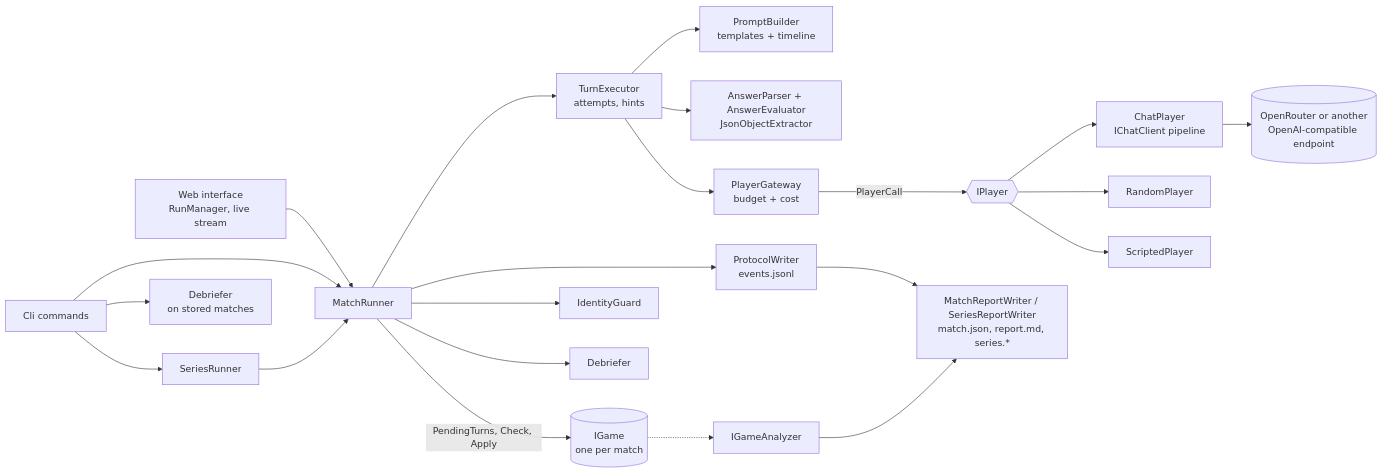
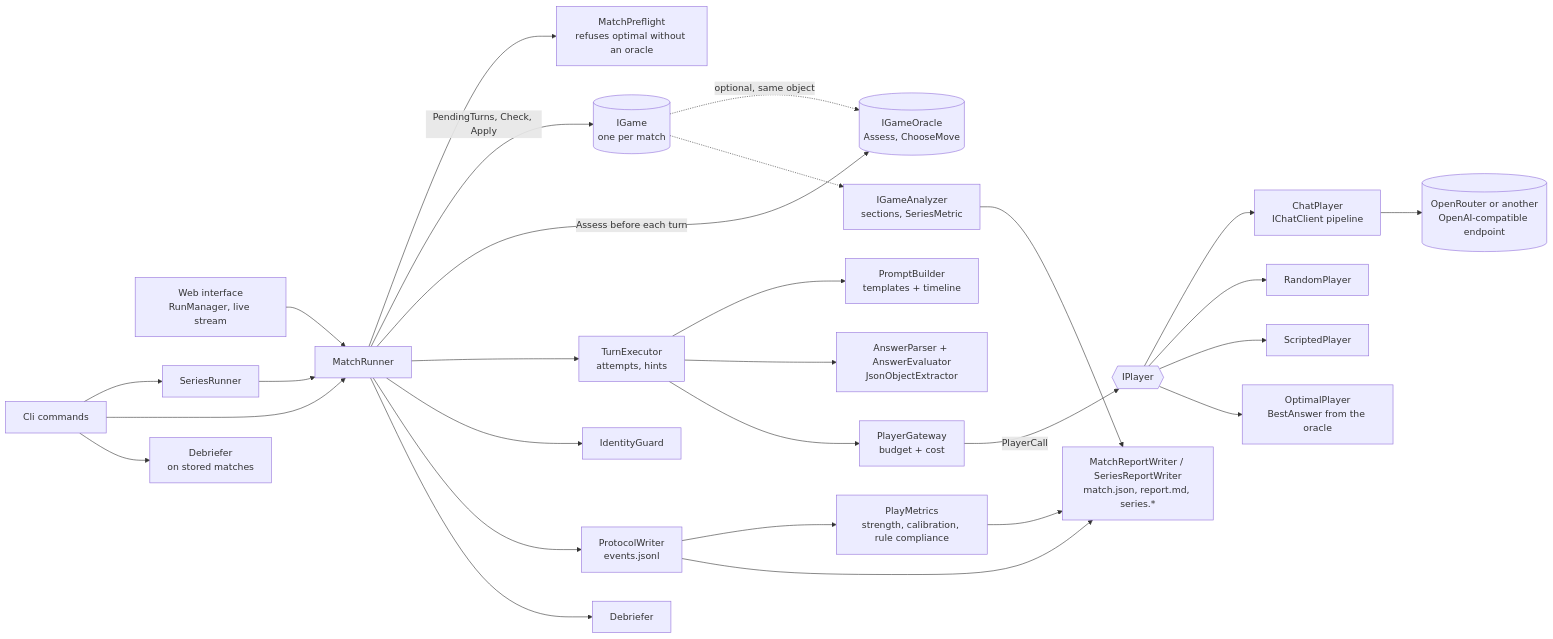
Before and after one commit to chr0mcom/LLM-Shootout: the first of 3 diagrams in docs/architecture.md, drawn with Mermaid. The commit also changed other lines of this file and 6 other files, not shown here.

First line of the commit message:
docs: Nim, oracle, optimal player and the new building blocks

````diff
--- a/docs/architecture.md
+++ b/docs/architecture.md
@@ -19,24 +19,30 @@
 ```mermaid
 flowchart LR
   Web[Web interface<br/>RunManager, live stream] --> Runner
   CLI[Cli commands] --> Series[SeriesRunner]
   CLI --> Runner[MatchRunner]
   CLI --> Deb2[Debriefer<br/>on stored matches]
   Series --> Runner
+  Runner --> Pre[MatchPreflight<br/>refuses optimal without an oracle]
   Runner -->|PendingTurns, Check, Apply| Game[(IGame<br/>one per match)]
+  Game -.->|optional, same object| Oracle[(IGameOracle<br/>Assess, ChooseMove)]
+  Runner -->|Assess before each turn| Oracle
   Runner --> Exec[TurnExecutor<br/>attempts, hints]
   Exec --> Prompts[PromptBuilder<br/>templates + timeline]
   Exec --> Parser[AnswerParser + AnswerEvaluator<br/>JsonObjectExtractor]
   Exec --> Gate[PlayerGateway<br/>budget + cost]
   Gate -->|PlayerCall| Players{{IPlayer}}
   Players --> Chat[ChatPlayer<br/>IChatClient pipeline]
   Players --> Random[RandomPlayer]
   Players --> Script[ScriptedPlayer]
+  Players --> Optimal[OptimalPlayer<br/>BestAnswer from the oracle]
   Chat --> OR[(OpenRouter or another<br/>OpenAI-compatible endpoint)]
   Runner --> Guard[IdentityGuard]
   Runner --> Log[ProtocolWriter<br/>events.jsonl]
   Runner --> Debrief[Debriefer]
-  Log --> Report[MatchReportWriter / SeriesReportWriter<br/>match.json, report.md, series.*]
-  Game -.-> Analyzer[IGameAnalyzer]
+  Log --> Metrics[PlayMetrics<br/>strength, calibration, rule compliance]
+  Metrics --> Report[MatchReportWriter / SeriesReportWriter<br/>match.json, report.md, series.*]
+  Log --> Report
+  Game -.-> Analyzer[IGameAnalyzer<br/>sections, SeriesMetric]
   Analyzer --> Report
 ```
````
